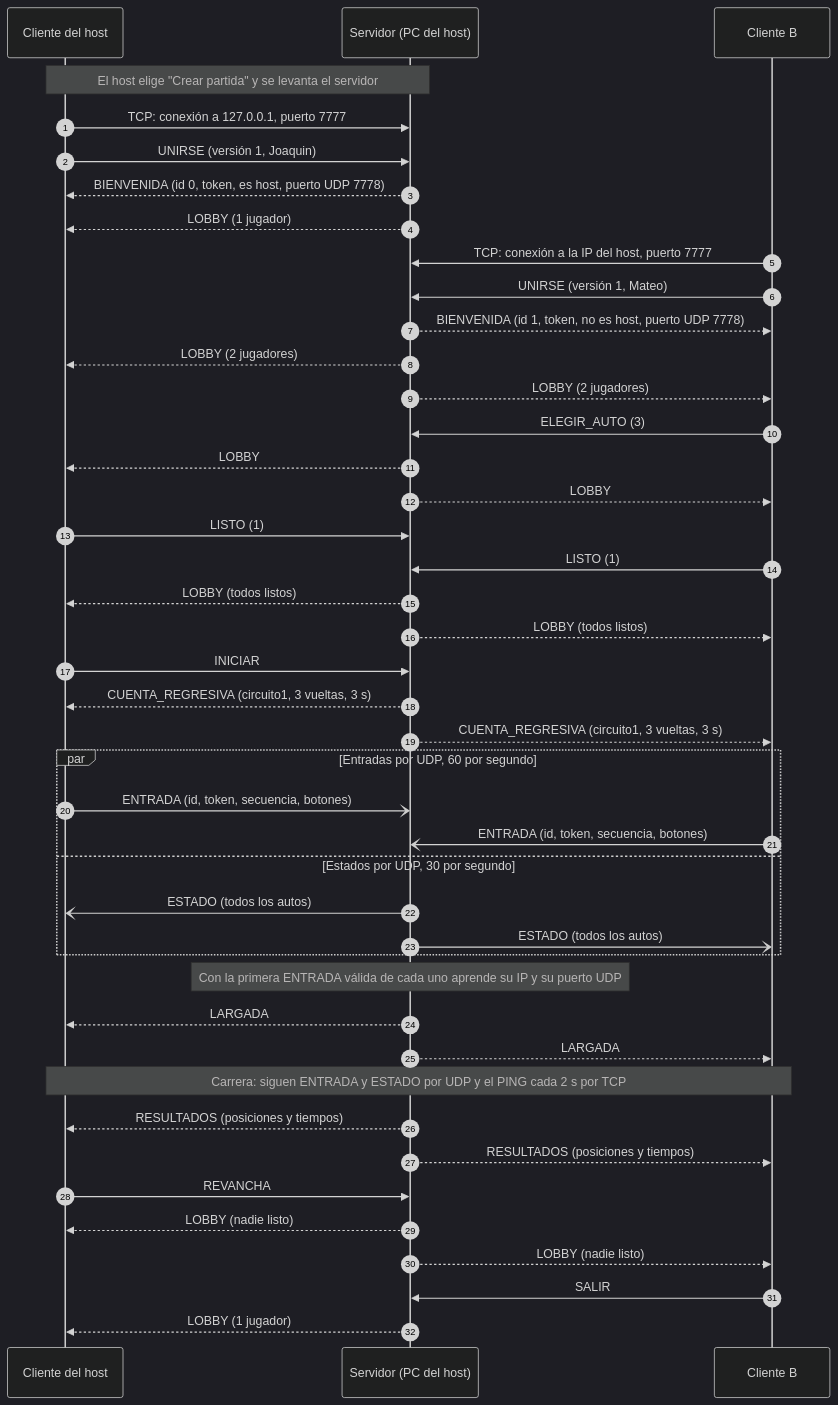
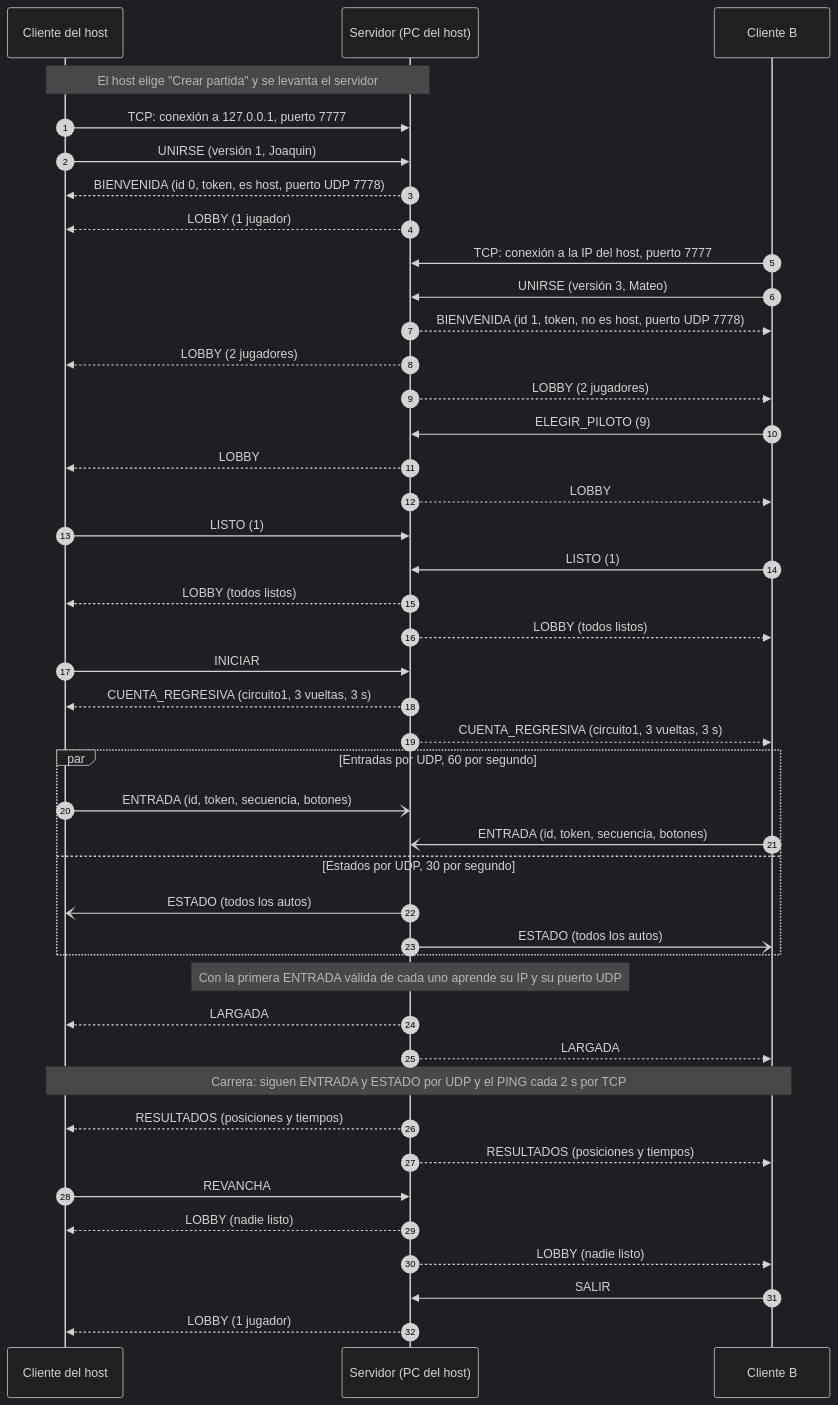
The third of 3 diagrams in docs/PROTOCOLO.md (joakinkong/35-Racing), drawn with Mermaid (dark theme) before and after one commit. The commit also changed other lines of this file and 17 other files, not shown here.

````diff
--- a/docs/PROTOCOLO.md
+++ b/docs/PROTOCOLO.md
@@ -352,54 +355,54 @@
 ```mermaid
 sequenceDiagram
     autonumber
     participant CH as Cliente del host
     participant S as Servidor (PC del host)
     participant CB as Cliente B
 
     Note over CH,S: El host elige "Crear partida" y se levanta el servidor
     CH->>S: TCP: conexión a 127.0.0.1, puerto 7777
     CH->>S: UNIRSE (versión 1, Joaquin)
     S-->>CH: BIENVENIDA (id 0, token, es host, puerto UDP 7778)
     S-->>CH: LOBBY (1 jugador)
 
     CB->>S: TCP: conexión a la IP del host, puerto 7777
-    CB->>S: UNIRSE (versión 1, Mateo)
+    CB->>S: UNIRSE (versión 3, Mateo)
     S-->>CB: BIENVENIDA (id 1, token, no es host, puerto UDP 7778)
     S-->>CH: LOBBY (2 jugadores)
     S-->>CB: LOBBY (2 jugadores)
 
-    CB->>S: ELEGIR_AUTO (3)
+    CB->>S: ELEGIR_PILOTO (9)
     S-->>CH: LOBBY
     S-->>CB: LOBBY
     CH->>S: LISTO (1)
     CB->>S: LISTO (1)
     S-->>CH: LOBBY (todos listos)
     S-->>CB: LOBBY (todos listos)
 
     CH->>S: INICIAR
     S-->>CH: CUENTA_REGRESIVA (circuito1, 3 vueltas, 3 s)
     S-->>CB: CUENTA_REGRESIVA (circuito1, 3 vueltas, 3 s)
 
     par Entradas por UDP, 60 por segundo
         CH-)S: ENTRADA (id, token, secuencia, botones)
         CB-)S: ENTRADA (id, token, secuencia, botones)
     and Estados por UDP, 30 por segundo
         S-)CH: ESTADO (todos los autos)
         S-)CB: ESTADO (todos los autos)
     end
     Note over S: Con la primera ENTRADA válida de cada uno aprende su IP y su puerto UDP
 
     S-->>CH: LARGADA
     S-->>CB: LARGADA
     Note over CH,CB: Carrera: siguen ENTRADA y ESTADO por UDP y el PING cada 2 s por TCP
 
     S-->>CH: RESULTADOS (posiciones y tiempos)
     S-->>CB: RESULTADOS (posiciones y tiempos)
 
     CH->>S: REVANCHA
     S-->>CH: LOBBY (nadie listo)
     S-->>CB: LOBBY (nadie listo)
 
     CB->>S: SALIR
     S-->>CH: LOBBY (1 jugador)
 ```
````
